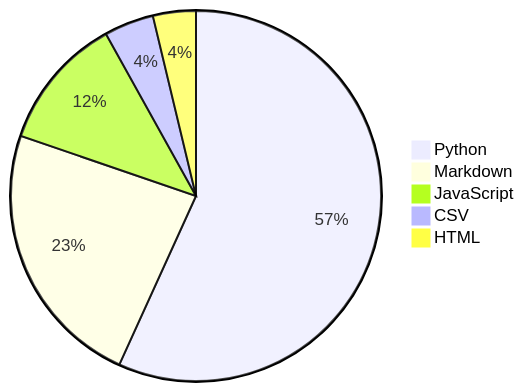
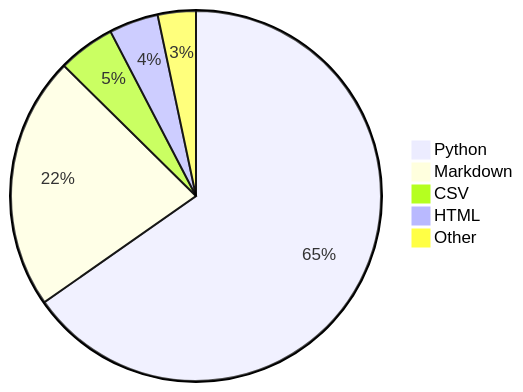
One commit to Alicia111/alicia111 changed the diagram in README.md. Above: the diagram before and after it, drawn with Mermaid.

Commit message:
Update WakaTime stats (・ω・)b

````diff
--- a/README.md
+++ b/README.md
@@ -32,8 +32,8 @@
 ```mermaid
 pie
-    "Python" : 53.68
-    "Markdown" : 22.18
-    "JavaScript" : 11.03
-    "CSV" : 4.09
-    "HTML" : 3.54
+    "Python" : 63.58
+    "Markdown" : 21.55
+    "CSV" : 4.85
+    "HTML" : 4.19
+    "Other" : 3.24
 ```
````
